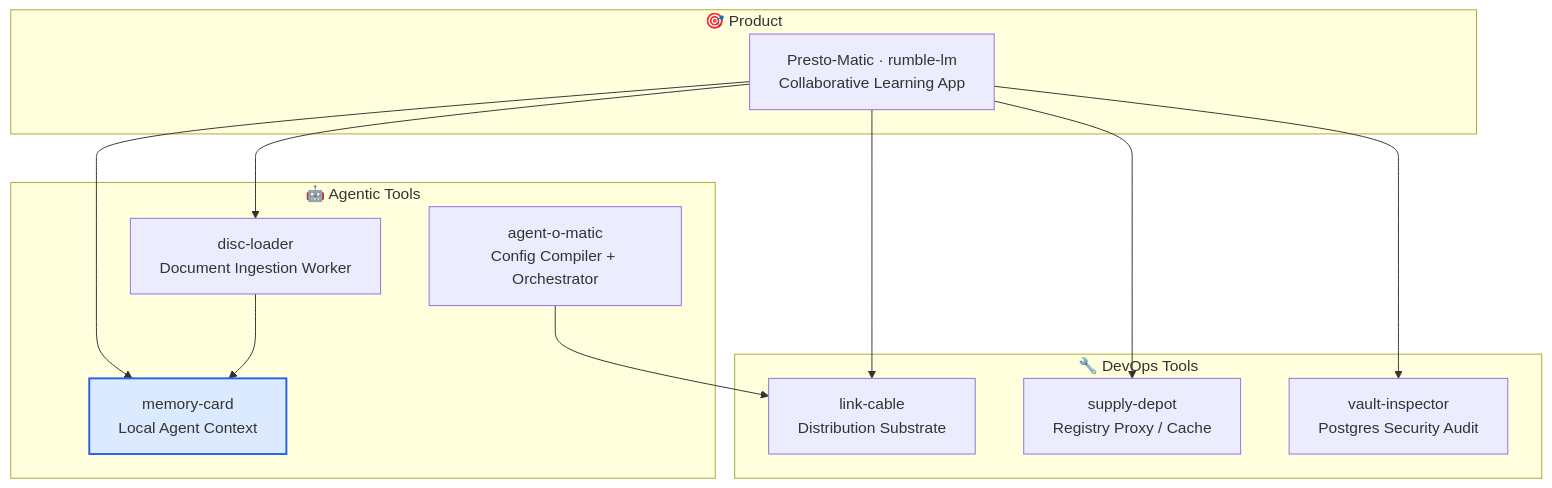
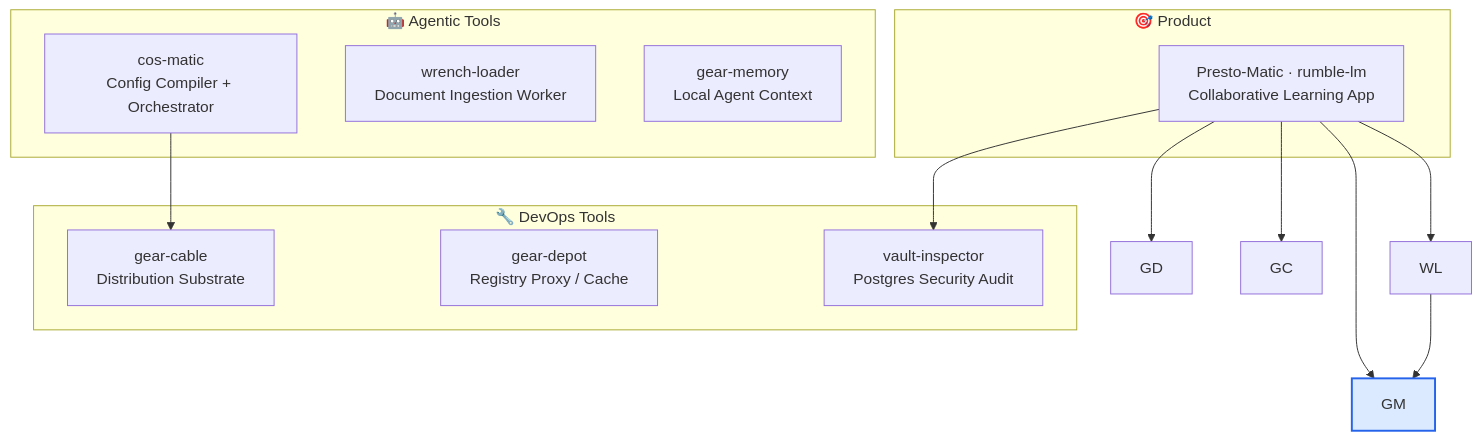
Before and after one commit to constantin-jais/gear-memory: the diagram in README.md, drawn with Mermaid. The commit also changed other lines of this file and 5 other files, not shown here.

````diff
--- a/README.md
+++ b/README.md
@@ -17,24 +17,24 @@
 ```mermaid
 graph TB
     subgraph product["🎯 Product"]
         RL["Presto-Matic · rumble-lm<br/>Collaborative Learning App"]
     end
     subgraph agentic["🤖 Agentic Tools"]
-        AOM["agent-o-matic<br/>Config Compiler + Orchestrator"]
-        DL["disc-loader<br/>Document Ingestion Worker"]
-        MC["memory-card<br/>Local Agent Context"]
+        cosmatic["cos-matic<br/>Config Compiler + Orchestrator"]
+        DL["wrench-loader<br/>Document Ingestion Worker"]
+        MC["gear-memory<br/>Local Agent Context"]
     end
     subgraph devops["🔧 DevOps Tools"]
-        LC["link-cable<br/>Distribution Substrate"]
-        SD["supply-depot<br/>Registry Proxy / Cache"]
+        LC["gear-cable<br/>Distribution Substrate"]
+        SD["gear-depot<br/>Registry Proxy / Cache"]
         VI["vault-inspector<br/>Postgres Security Audit"]
     end
-    RL --> DL
-    RL --> MC
+    RL --> WL
+    RL --> GM
     RL --> VI
-    RL --> SD
-    RL --> LC
-    AOM --> LC
-    DL --> MC
-    style MC fill:#dbeafe,stroke:#2563eb,stroke-width:2px
+    RL --> GD
+    RL --> GC
+    cosmatic --> LC
+    WL --> GM
+    style GM fill:#dbeafe,stroke:#2563eb,stroke-width:2px
 ```
````
